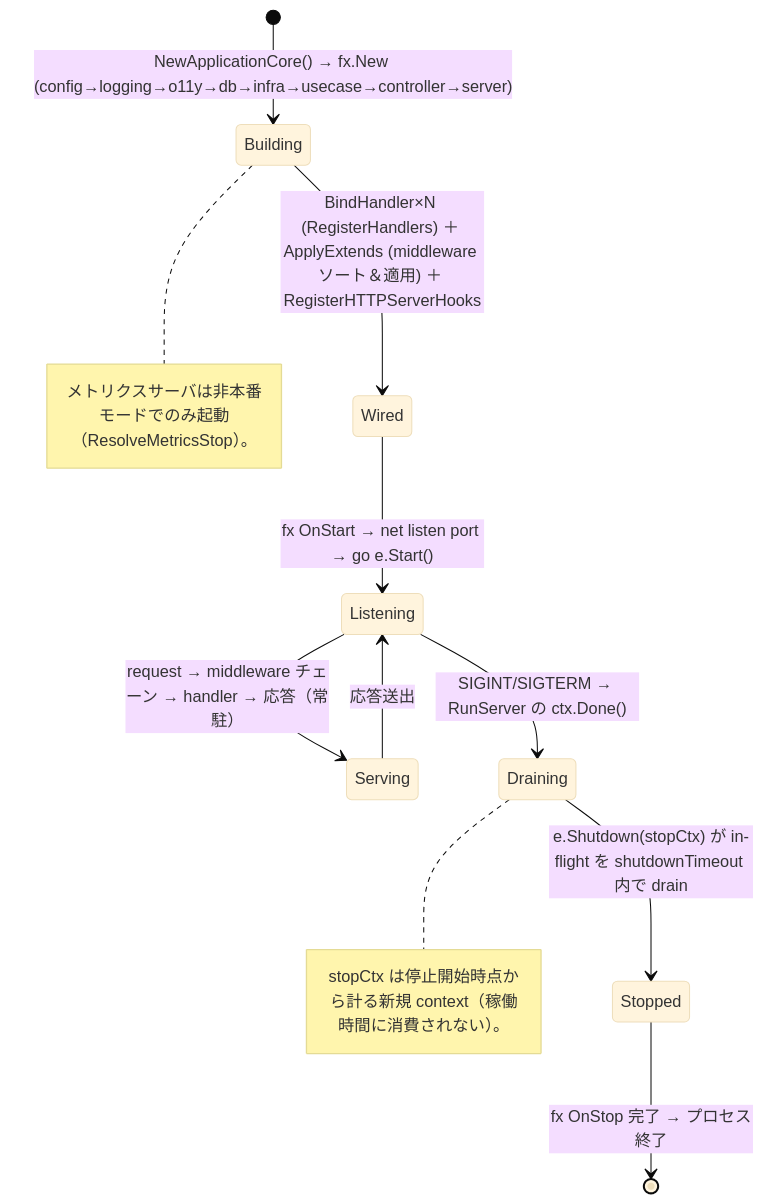
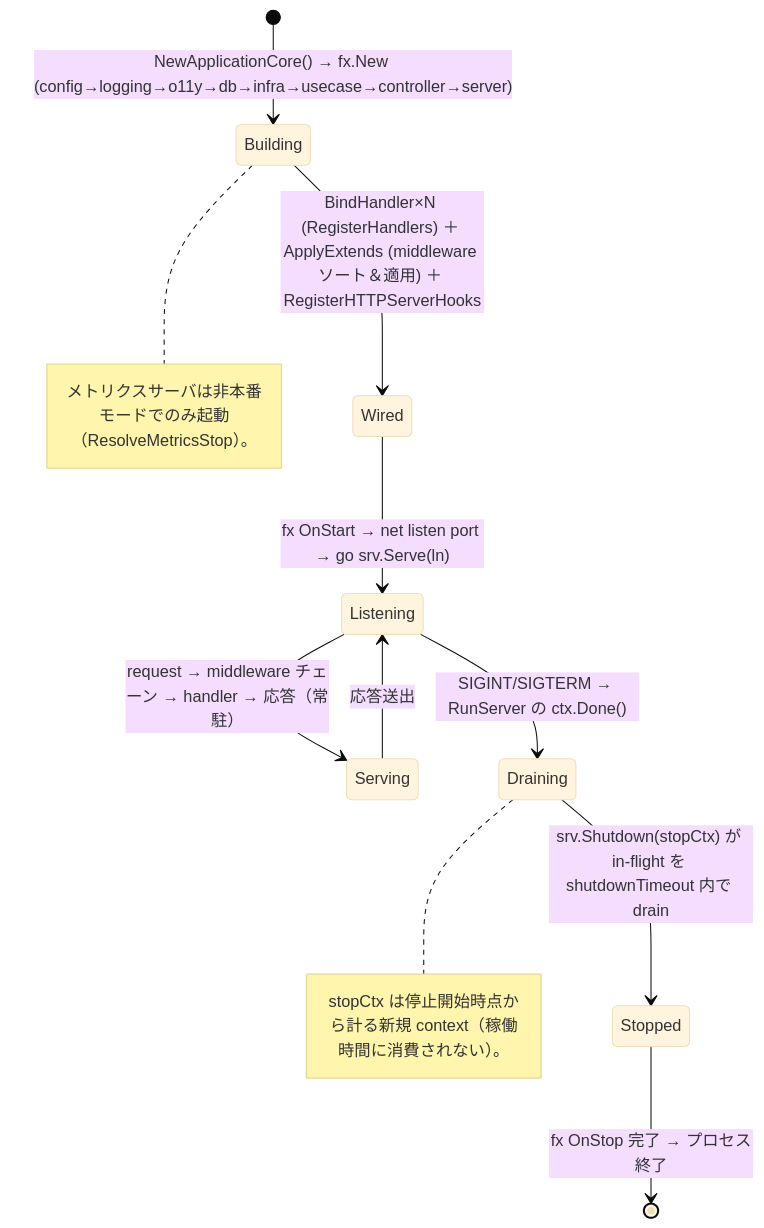
One commit to Tomy-ch/go-boilerplate changed the first of 6 diagrams in docs/ja/design/rest.ja.md. Above: the diagram before and after it, drawn with Mermaid (base theme). The commit also changed other lines of this file and 17 other files, not shown here.

````diff
--- a/docs/ja/design/rest.ja.md
+++ b/docs/ja/design/rest.ja.md
@@ -37,18 +37,18 @@
 ```mermaid
 stateDiagram-v2
     [*] --> Building: NewApplicationCore() → fx.New (config→logging→o11y→db→infra→usecase→controller→server)
     Building --> Wired: BindHandler×N (RegisterHandlers) ＋ ApplyExtends (middleware ソート＆適用) ＋ RegisterHTTPServerHooks
-    Wired --> Listening: fx OnStart → net listen port → go e.Start()
+    Wired --> Listening: fx OnStart → net listen port → go srv.Serve(ln)
     Listening --> Serving: request → middleware チェーン → handler → 応答（常駐）
     Serving --> Listening: 応答送出
     Listening --> Draining: SIGINT/SIGTERM → RunServer の ctx.Done()
-    Draining --> Stopped: e.Shutdown(stopCtx) が in-flight を shutdownTimeout 内で drain
+    Draining --> Stopped: srv.Shutdown(stopCtx) が in-flight を shutdownTimeout 内で drain
     Stopped --> [*]: fx OnStop 完了 → プロセス終了
 
     note right of Draining
       stopCtx は停止開始時点から計る新規 context（稼働時間に消費されない）。
     end note
     note right of Building
       メトリクスサーバは非本番モードでのみ起動（ResolveMetricsStop）。
     end note
 ```
````
